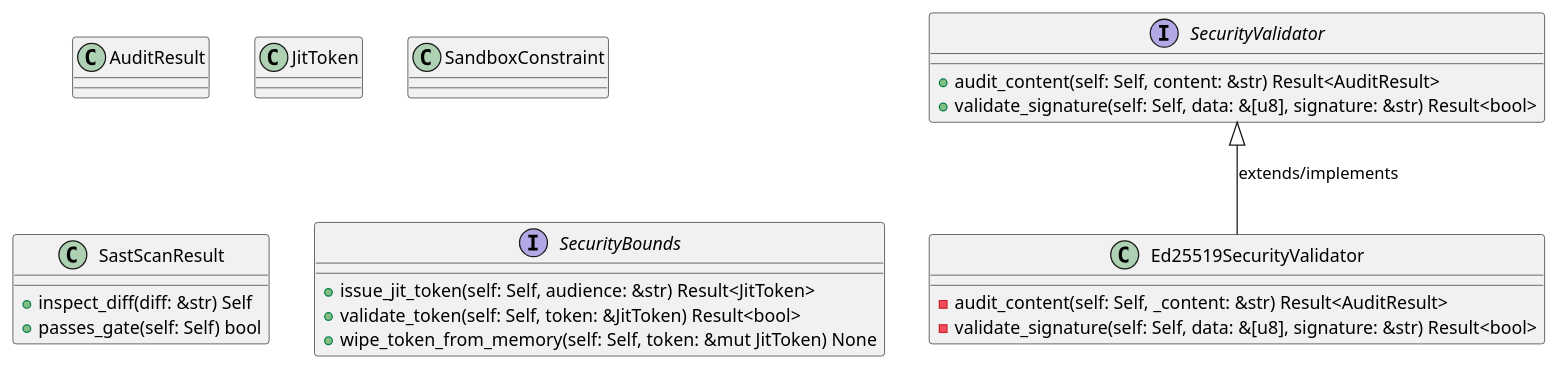
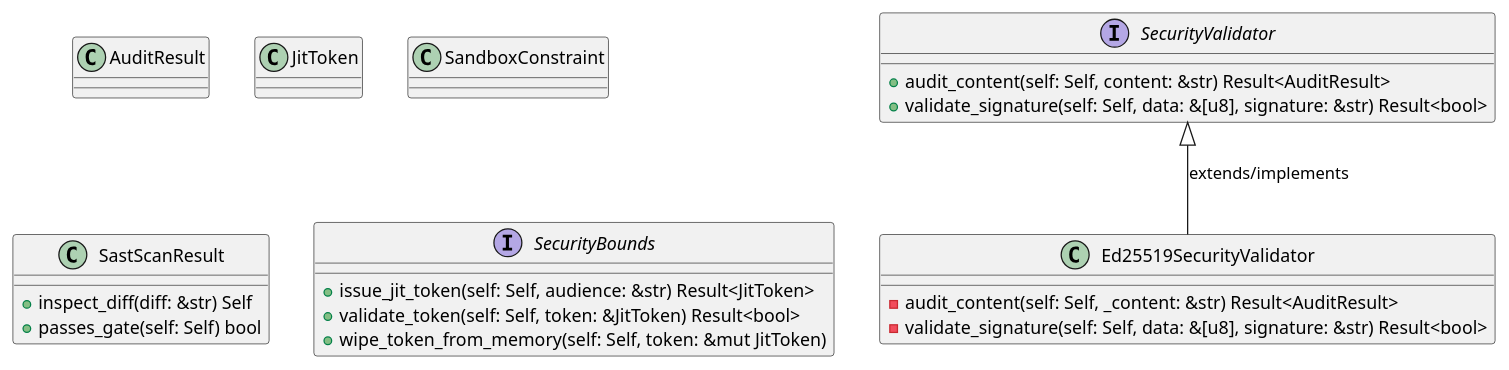
The first of 6 diagrams in openwiki/crates_factory_core_src_security.md (lgcorzo/rust_CACD_autonomous_factory), drawn with PlantUML before and after one commit. The commit also changed other lines of this file and 95 other files, not shown here.

````diff
--- a/openwiki/crates_factory_core_src_security.md
+++ b/openwiki/crates_factory_core_src_security.md
@@ -416,29 +416,29 @@
 ```plantuml
 @startuml
 class AuditResult {
 }
 class Ed25519SecurityValidator {
     -audit_content(self: Self, _content: &str) Result<AuditResult>
     -validate_signature(self: Self, data: &[u8], signature: &str) Result<bool>
 }
 SecurityValidator <|-- Ed25519SecurityValidator : extends/implements
 class JitToken {
 }
 class SandboxConstraint {
 }
 class SastScanResult {
     +inspect_diff(diff: &str) Self
     +passes_gate(self: Self) bool
 }
 interface SecurityBounds {
     +issue_jit_token(self: Self, audience: &str) Result<JitToken>
     +validate_token(self: Self, token: &JitToken) Result<bool>
-    +wipe_token_from_memory(self: Self, token: &mut JitToken) None
+    +wipe_token_from_memory(self: Self, token: &mut JitToken)
 }
 interface SecurityValidator {
     +audit_content(self: Self, content: &str) Result<AuditResult>
     +validate_signature(self: Self, data: &[u8], signature: &str) Result<bool>
 }
 @enduml
 
 ```
````
